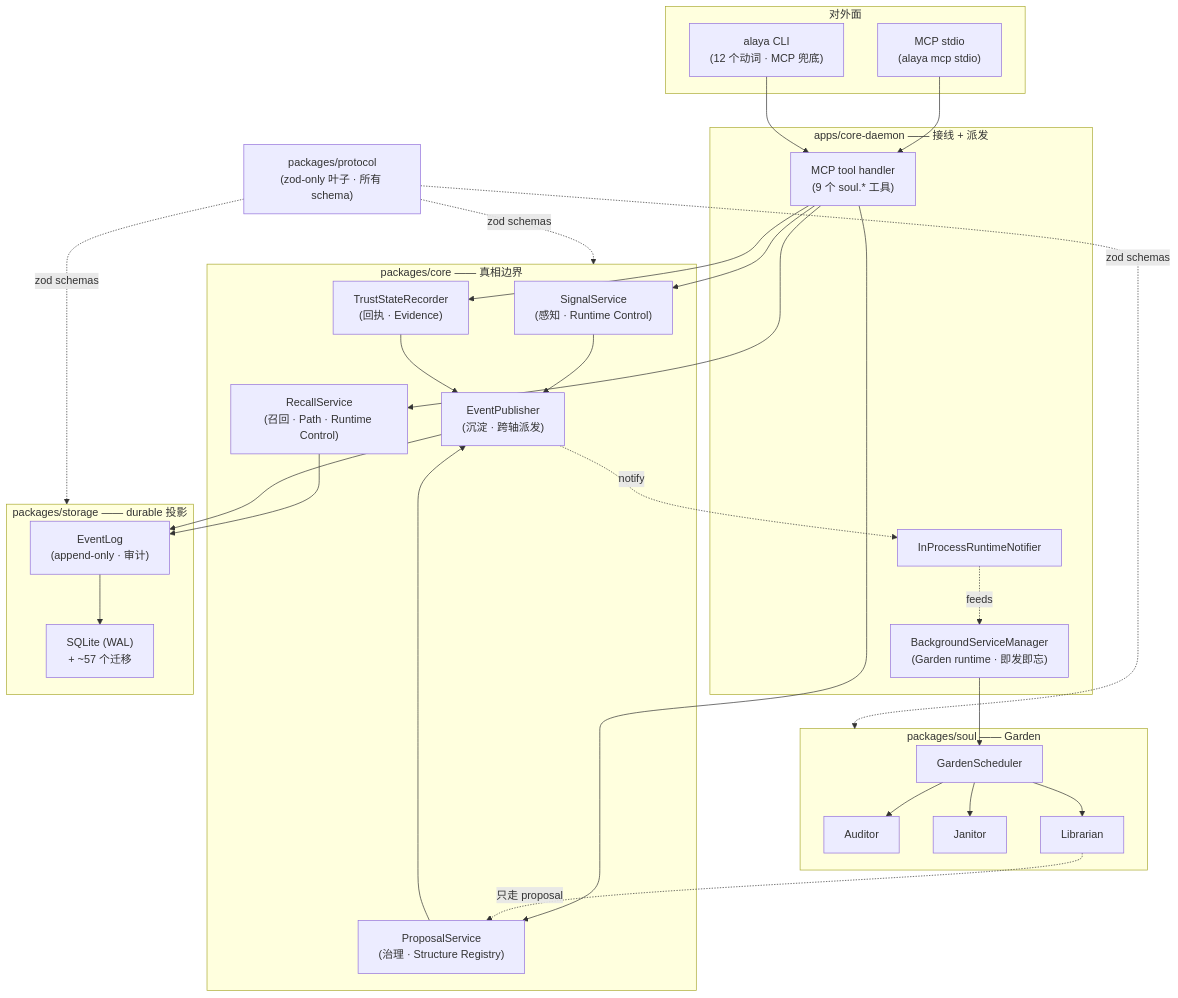
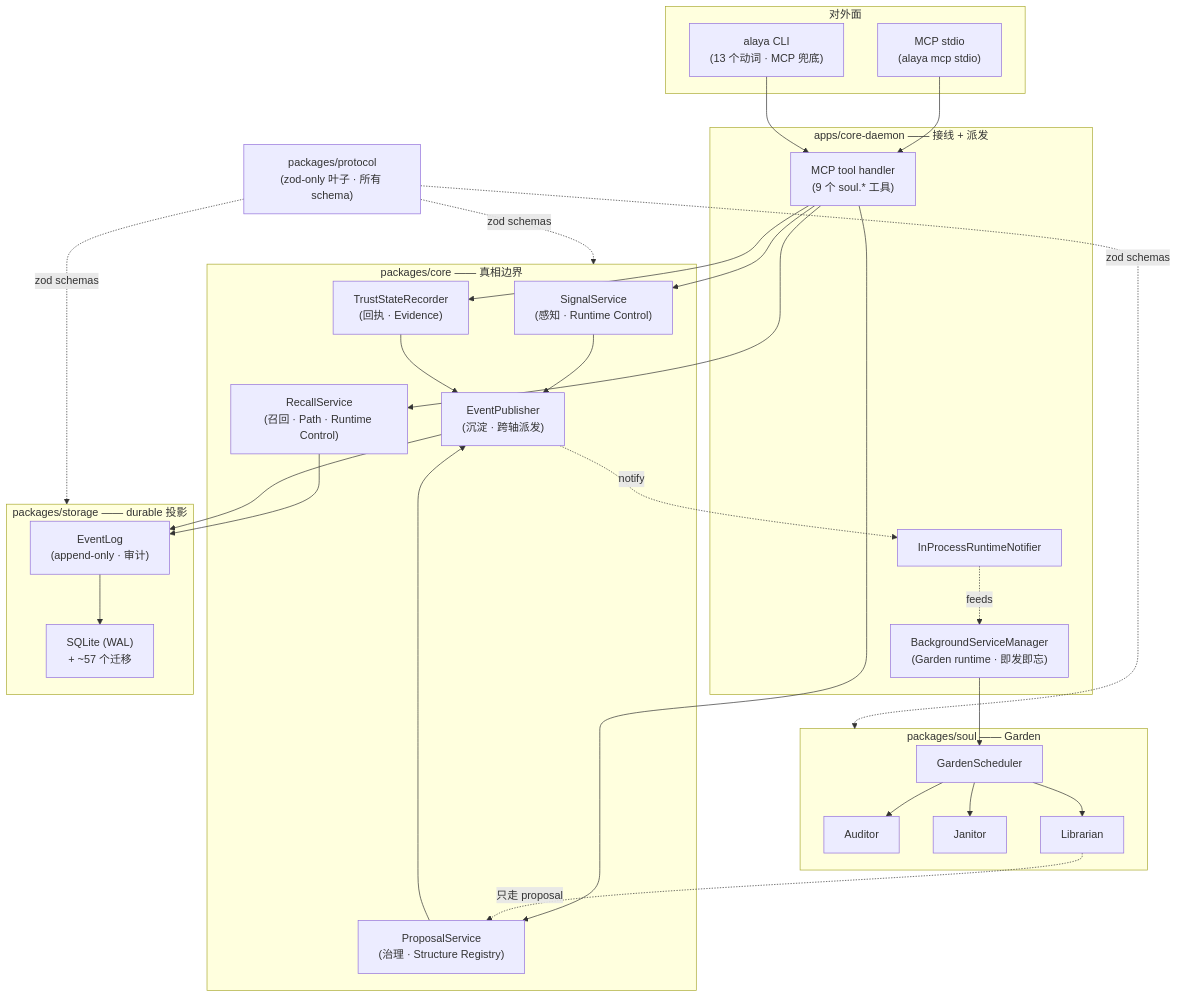
Before and after one commit to tdwhere123/Do-SOUL-Alaya: the second of 2 diagrams in README.zh-CN.md, drawn with Mermaid. The commit also changed other lines of this file and 26 other files, not shown here.

````diff
--- a/README.zh-CN.md
+++ b/README.zh-CN.md
@@ -290,57 +290,57 @@
 ```mermaid
 graph TD
     subgraph Surfaces["对外面"]
         MCPS["MCP stdio<br/>(alaya mcp stdio)"]
-        CLIS["alaya CLI<br/>(12 个动词 · MCP 兜底)"]
+        CLIS["alaya CLI<br/>(13 个动词 · MCP 兜底)"]
     end
 
     subgraph Daemon["apps/core-daemon —— 接线 + 派发"]
         TH["MCP tool handler<br/>(9 个 soul.* 工具)"]
         BG["BackgroundServiceManager<br/>(Garden runtime · 即发即忘)"]
         NOTI["InProcessRuntimeNotifier"]
     end
 
     subgraph Core["packages/core —— 真相边界"]
         SS["SignalService<br/>(感知 · Runtime Control)"]
         PROP["ProposalService<br/>(治理 · Structure Registry)"]
         EP["EventPublisher<br/>(沉淀 · 跨轴派发)"]
         REC["RecallService<br/>(召回 · Path · Runtime Control)"]
         TR["TrustStateRecorder<br/>(回执 · Evidence)"]
     end
 
     subgraph Soul["packages/soul —— Garden"]
         AUD["Auditor"]
         JAN["Janitor"]
         LIB["Librarian"]
         SCH["GardenScheduler"]
     end
 
     subgraph StorageBox["packages/storage —— durable 投影"]
         EL["EventLog<br/>(append-only · 审计)"]
         DB["SQLite (WAL)<br/>+ ~57 个迁移"]
     end
 
     PROTO["packages/protocol<br/>(zod-only 叶子 · 所有 schema)"]
 
     MCPS --> TH
     CLIS --> TH
     TH --> SS
     TH --> PROP
     TH --> REC
     TH --> TR
     SS --> EP
     PROP --> EP
     REC --> EL
     TR --> EP
     EP --> EL
     EL --> DB
     EP -.notify.-> NOTI
     NOTI -.feeds.-> BG
     BG --> SCH
     SCH --> AUD & JAN & LIB
     LIB -.只走 proposal.-> PROP
 
     PROTO -. zod schemas .-> Core
     PROTO -. zod schemas .-> Soul
     PROTO -. zod schemas .-> StorageBox
 ```
````
